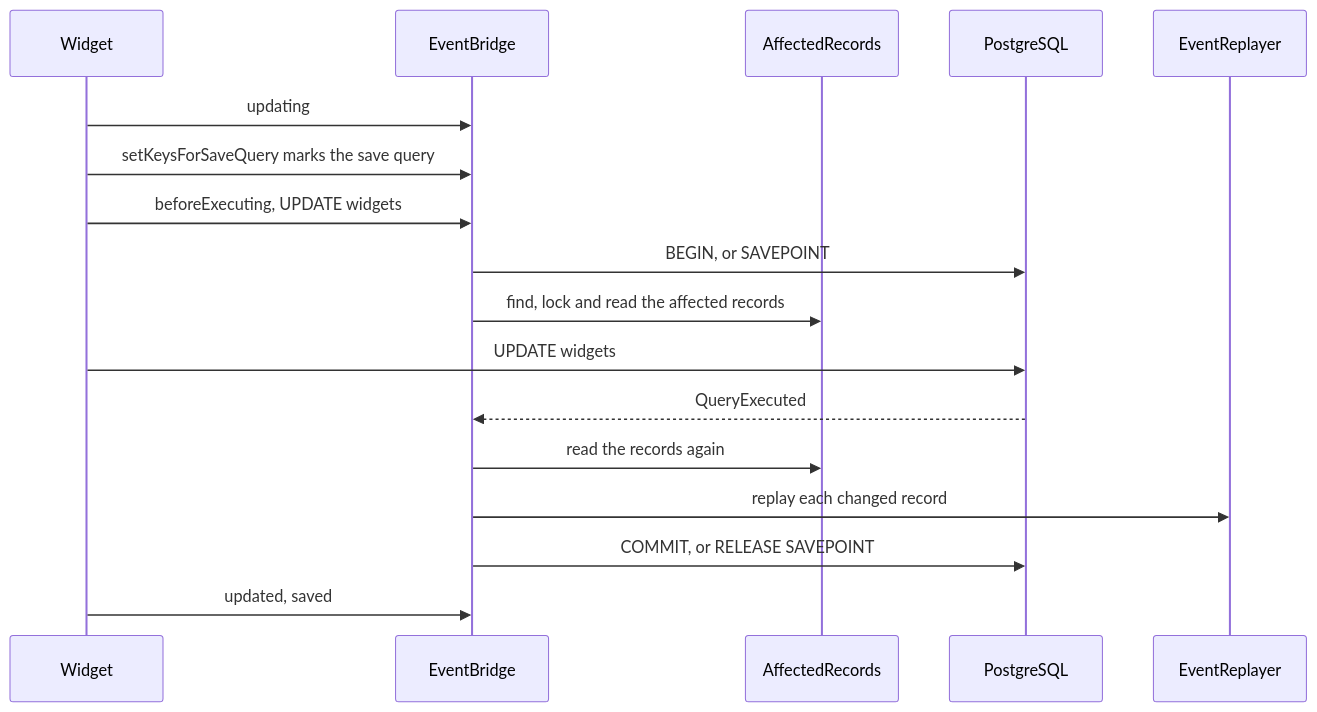
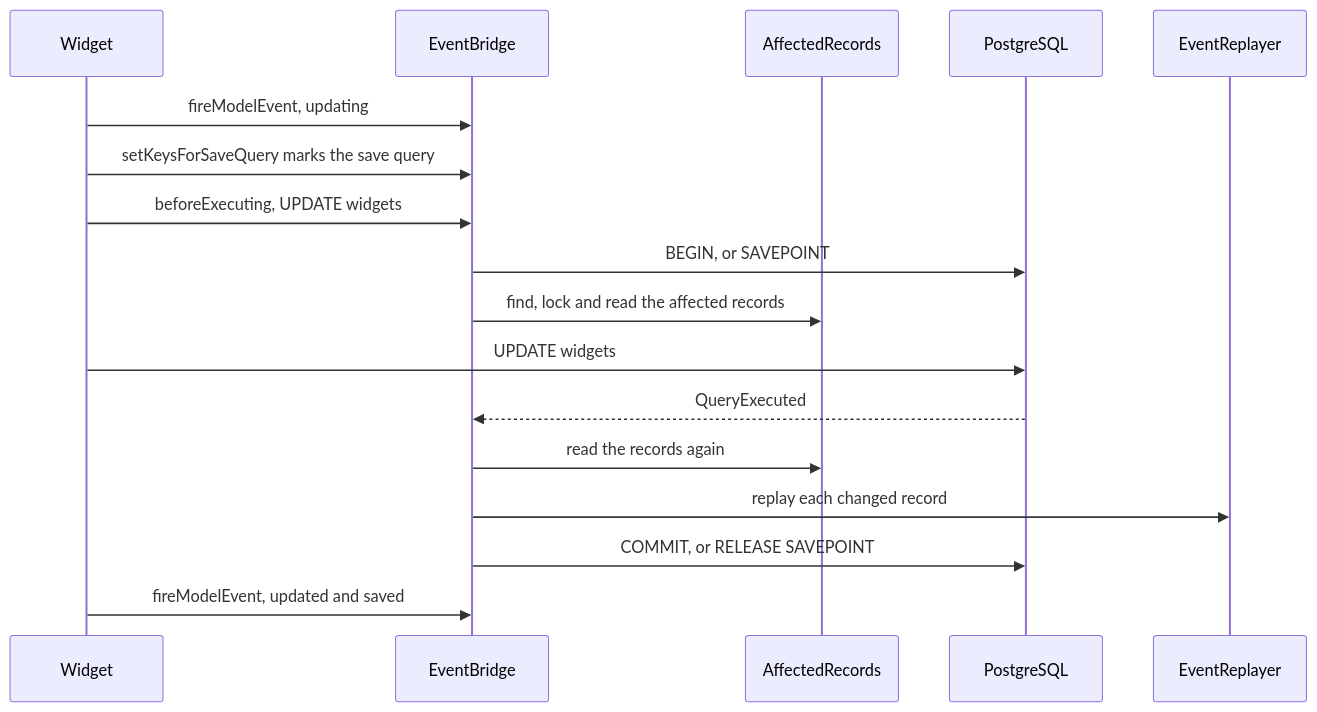
The diagram in docs/flows/mirroring-a-write.md (AryeoHQ/eloquent-compatibility), drawn with Mermaid before and after one commit. The commit also changed other lines of this file and 21 other files, not shown here.

First line of the commit message:
fix(bridge): see each model event through fireModelEvent() and pair writes by dispatch depth

````diff
--- a/docs/flows/mirroring-a-write.md
+++ b/docs/flows/mirroring-a-write.md
@@ -5,19 +5,19 @@
 ```mermaid
 sequenceDiagram
   participant Widget
   participant Bridge as EventBridge
   participant Records as AffectedRecords
   participant Database as PostgreSQL
   participant Replayer as EventReplayer
-  Widget->>Bridge: updating
+  Widget->>Bridge: fireModelEvent, updating
   Widget->>Bridge: setKeysForSaveQuery marks the save query
   Widget->>Bridge: beforeExecuting, UPDATE widgets
   Bridge->>Database: BEGIN, or SAVEPOINT
   Bridge->>Records: find, lock and read the affected records
   Widget->>Database: UPDATE widgets
   Database-->>Bridge: QueryExecuted
   Bridge->>Records: read the records again
   Bridge->>Replayer: replay each changed record
   Bridge->>Database: COMMIT, or RELEASE SAVEPOINT
-  Widget->>Bridge: updated, saved
+  Widget->>Bridge: fireModelEvent, updated and saved
 ```
````
